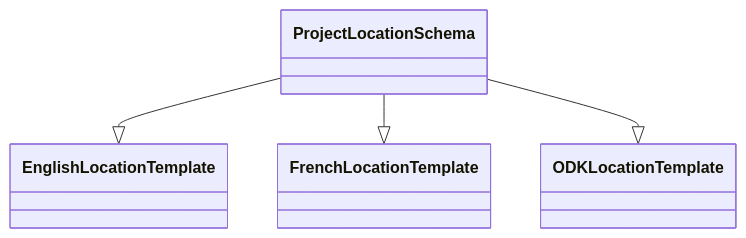
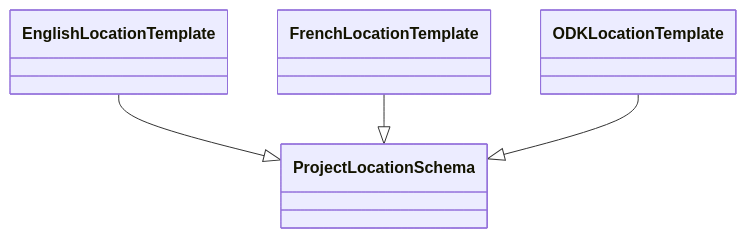
The diagram in docs/dev/index.md (openkfw/open-geodata-model), drawn with Mermaid before and after one commit. The commit also changed other lines of this file and 15 other files, not shown here.

First line of the commit message:
New JSON Schema's with tests (#88)

````diff
--- a/docs/dev/index.md
+++ b/docs/dev/index.md
@@ -37,14 +37,14 @@
 ```mermaid
 
 classDiagram
     class ProjectLocationSchema
 
     class EnglishLocationTemplate
     class FrenchLocationTemplate
     class ODKLocationTemplate
 
 
-    ProjectLocationSchema --|> EnglishLocationTemplate
-    ProjectLocationSchema --|> FrenchLocationTemplate
-    ProjectLocationSchema --|> ODKLocationTemplate
+    EnglishLocationTemplate --|> ProjectLocationSchema
+    FrenchLocationTemplate --|> ProjectLocationSchema
+    ODKLocationTemplate --|> ProjectLocationSchema
 ```
````
